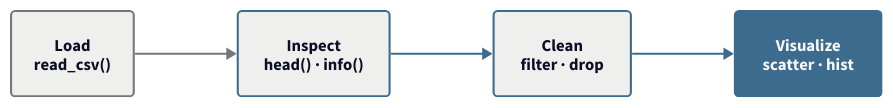
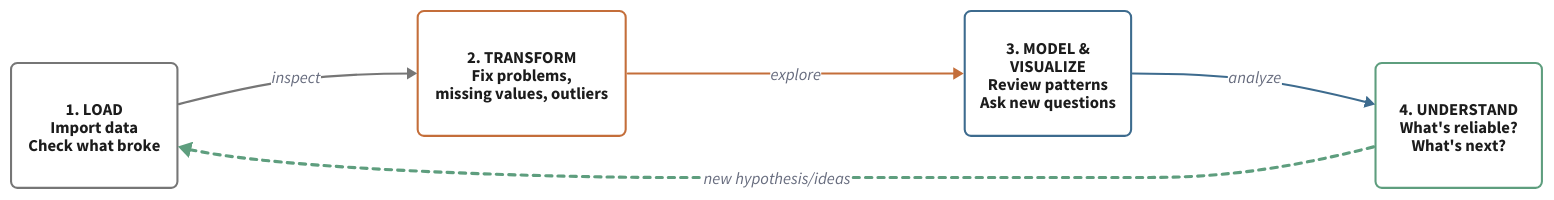
One commit to dannycab/MSU_REU_ML_course changed the diagram in slides/figures/d2/eda-workflow.d2. Above: the diagram before and after it, drawn with D2. The commit also changed 59 other files, not shown here.

```diff
--- a/slides/figures/d2/eda-workflow.d2
+++ b/slides/figures/d2/eda-workflow.d2
@@ -1,27 +1,51 @@
+# EDA is an iterative cycle, not a linear process
+# Each pass teaches you something new
+
 direction: right
 
-load: "Load\nread_csv()" {
-  style.fill: "#EFEFED"
+# The four steps of the cycle
+load: "1. LOAD\nImport data\nCheck what broke" {
+  style.fill: "transparent"
   style.stroke: "#767676"
-  style.border-radius: 4
-}
-inspect: "Inspect\nhead() · info()" {
-  style.fill: "#EFEFED"
-  style.stroke: "#3D6B8E"
-  style.border-radius: 4
-}
-clean: "Clean\nfilter · drop" {
-  style.fill: "#EFEFED"
-  style.stroke: "#3D6B8E"
-  style.border-radius: 4
-}
-visualize: "Visualize\nscatter · hist" {
-  style.fill: "#3D6B8E"
-  style.stroke: "#3D6B8E"
-  style.font-color: "#F7F7F5"
-  style.border-radius: 4
+  style.font-color: "#1C1C1C"
+  style.border-radius: 6
+  style.stroke-width: 2
+  width: 160
+  height: 120
 }
 
-load -> inspect: {style.stroke: "#767676"}
-inspect -> clean: {style.stroke: "#3D6B8E"}
-clean -> visualize: {style.stroke: "#3D6B8E"}
+transform: "2. TRANSFORM\nFix problems,\nmissing values, outliers" {
+  style.fill: "transparent"
+  style.stroke: "#C46E3A"
+  style.font-color: "#1C1C1C"
+  style.border-radius: 6
+  style.stroke-width: 2
+  width: 200
+  height: 120
+}
+
+visualize: "3. MODEL &\nVISUALIZE\nReview patterns\nAsk new questions" {
+  style.fill: "transparent"
+  style.stroke: "#3D6B8E"
+  style.font-color: "#1C1C1C"
+  style.border-radius: 6
+  style.stroke-width: 2
+  width: 160
+  height: 120
+}
+
+understand: "4. UNDERSTAND\nWhat's reliable?\nWhat's next?" {
+  style.fill: "transparent"
+  style.stroke: "#5E9E7E"
+  style.font-color: "#1C1C1C"
+  style.border-radius: 6
+  style.stroke-width: 2
+  width: 160
+  height: 120
+}
+
+# The loop arrows
+load -> transform: "inspect" {style.stroke: "#767676"; style.stroke-width: 2}
+transform -> visualize: "explore" {style.stroke: "#C46E3A"; style.stroke-width: 2}
+visualize -> understand: "analyze" {style.stroke: "#3D6B8E"; style.stroke-width: 2}
+understand -> load: "new hypothesis/ideas" {style.stroke: "#5E9E7E"; style.stroke-width: 3; style.stroke-dash: 2}
```
